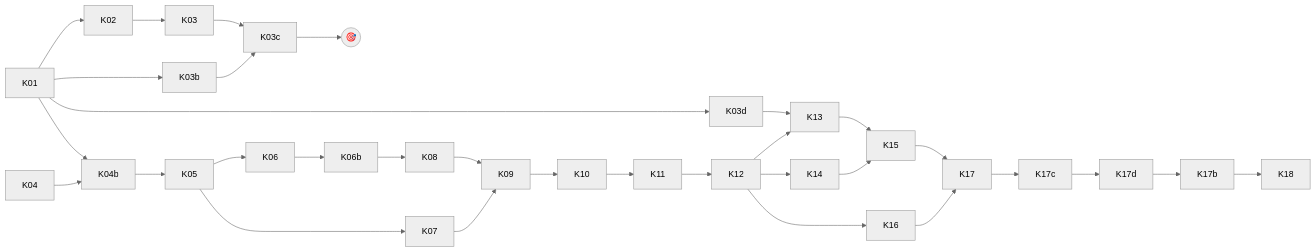
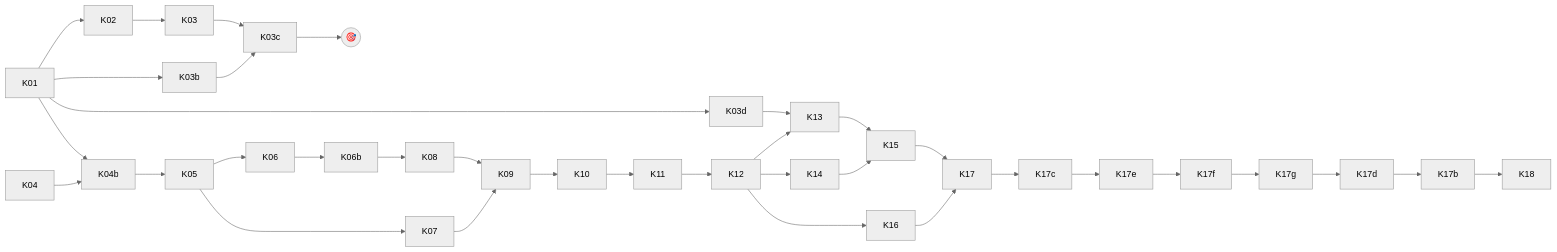
Before and after one commit to qbolliet/trade-analysis: the diagram in PIPELINE_PROMPTS.md, drawn with Mermaid (neutral theme). The commit also changed other lines of this file, not shown here.

````diff
--- a/PIPELINE_PROMPTS.md
+++ b/PIPELINE_PROMPTS.md
@@ -79,15 +86,15 @@
 ```mermaid
 flowchart LR
   K01 --> K02 --> K03 --> K03c
   K01 --> K03b --> K03c --> J((🎯))
   K01 --> K03d --> K13
   K04 --> K04b
   K01 --> K04b --> K05
   K05 --> K06 --> K06b --> K08
   K05 --> K07 --> K09
   K08 --> K09 --> K10 --> K11 --> K12
   K12 --> K13 --> K15
   K12 --> K14 --> K15
   K12 --> K16 --> K17
-  K15 --> K17 --> K17c --> K17d --> K17b --> K18
+  K15 --> K17 --> K17c --> K17e --> K17f --> K17g --> K17d --> K17b --> K18
 ```
````
